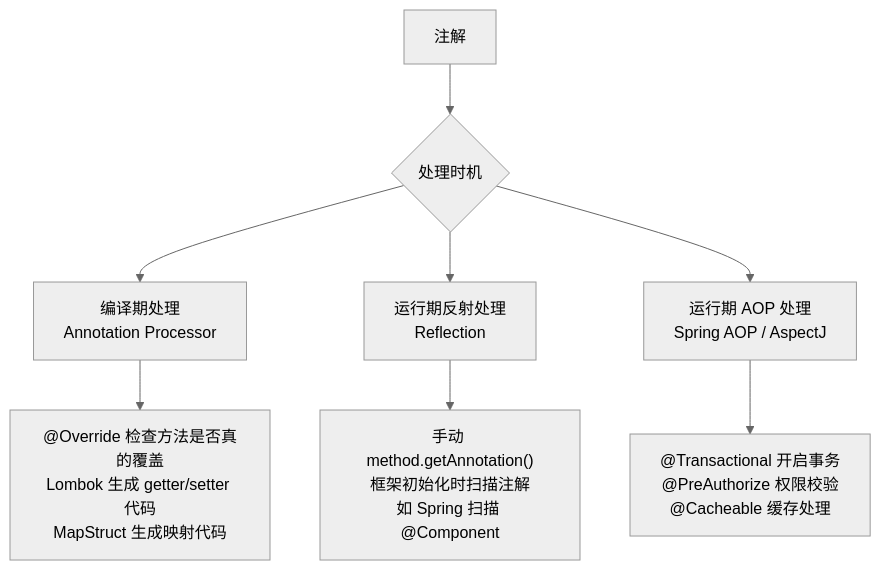
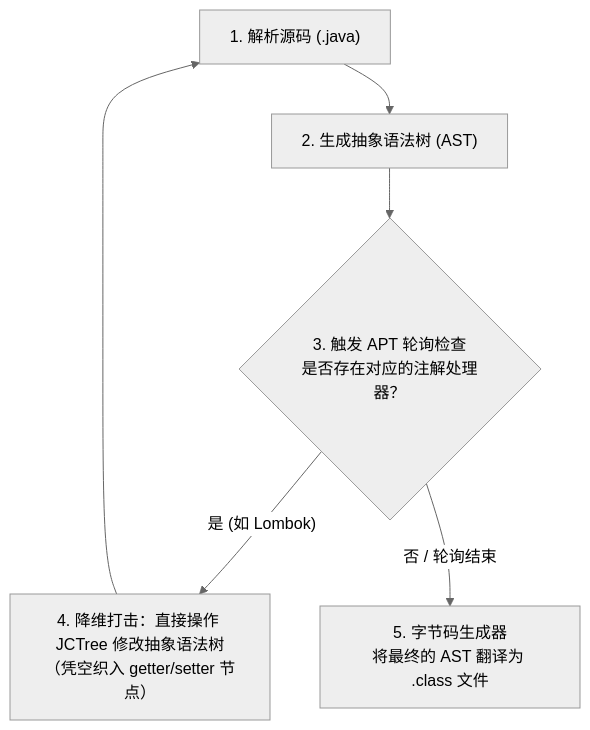
One commit to b1tzer/b1tzer.github.io changed the diagram in docs/01-java-basic/03-注解（Annotation）：字节码属性表里的 RuntimeVisibleAnnotations 与 APT 编译期织入.md. Above: the diagram before and after it, drawn with Mermaid (neutral theme). The commit also changed other lines of this file and 23 other files, not shown here.

````diff
--- a/docs/01-java-basic/03-注解（Annotation）：字节码属性表里的 RuntimeVisibleAnnotations 与 APT 编译期织入.md
+++ b/docs/01-java-basic/03-注解（Annotation）：字节码属性表里的 RuntimeVisibleAnnotations 与 APT 编译期织入.md
@@ -237,11 +200,8 @@
 ```mermaid
 flowchart TD
-    A[注解] --> B{处理时机}
-    B --> C[编译期处理<br>Annotation Processor]
-    B --> D[运行期反射处理<br>Reflection]
-    B --> E[运行期 AOP 处理<br>Spring AOP / AspectJ]
-
-    C --> C1["@Override 检查方法是否真的覆盖<br>Lombok 生成 getter/setter 代码<br>MapStruct 生成映射代码"]
-    D --> D1["手动 method.getAnnotation()<br>框架初始化时扫描注解<br>如 Spring 扫描 @Component"]
-    E --> E1["@Transactional 开启事务<br>@PreAuthorize 权限校验<br>@Cacheable 缓存处理"]
+    A["1. 解析源码 (.java)"] --> B["2. 生成抽象语法树 (AST)"]
+    B --> C{"3. 触发 APT 轮询检查<br>是否存在对应的注解处理器？"}
+    C -->|"是 (如 Lombok)"| D["4. 降维打击：直接操作 JCTree 修改抽象语法树<br>（凭空织入 getter/setter 节点）"]
+    D --> A
+    C -->|"否 / 轮询结束"| E["5. 字节码生成器<br>将最终的 AST 翻译为 .class 文件"]
 ```
````
